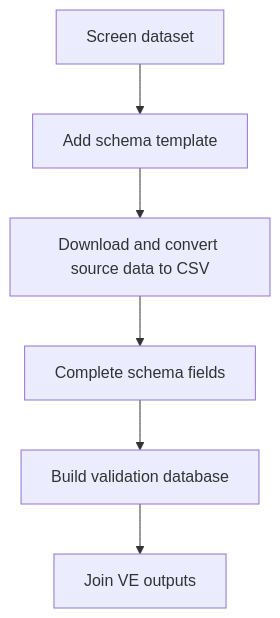
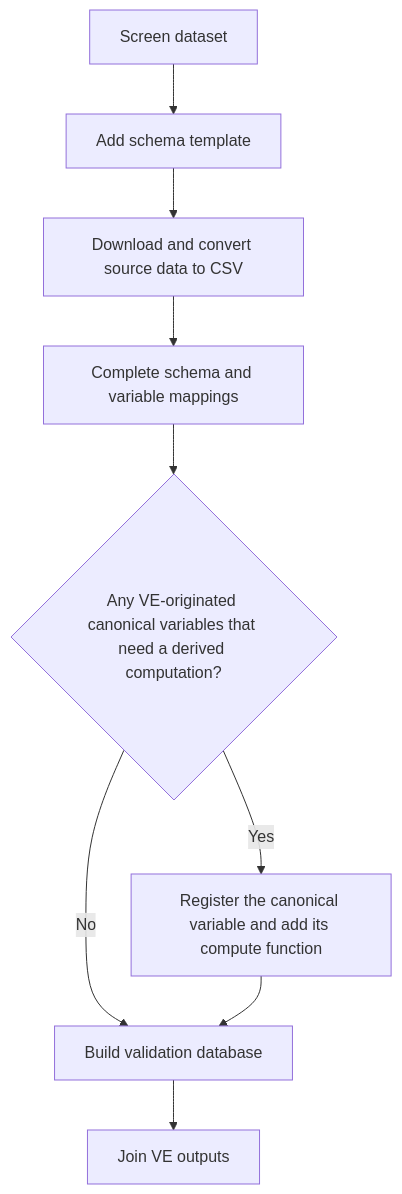
Before and after one commit to ImperialCollegeLondon/ve_data_science: the first of 3 diagrams in docs/validation_database.md, drawn with Mermaid. The commit also changed other lines of this file, not shown here.

Commit message:
make derived variables less surprising

````diff
--- a/docs/validation_database.md
+++ b/docs/validation_database.md
@@ -10,8 +10,11 @@
 ```mermaid
 flowchart TD
   A[Screen dataset] --> B[Add schema template]
   B --> C[Download and convert source data to CSV]
-  C --> D[Complete schema fields]
-  D --> E[Build validation database]
-  E --> F[Join VE outputs]
+  C --> D[Complete schema and variable mappings]
+  D --> E{Any VE-originated canonical variables that need a derived computation?}
+  E -- No --> F[Build validation database]
+  E -- Yes --> G[Register the canonical variable and add its compute function]
+  G --> F
+  F --> H[Join VE outputs]
 ```
````
